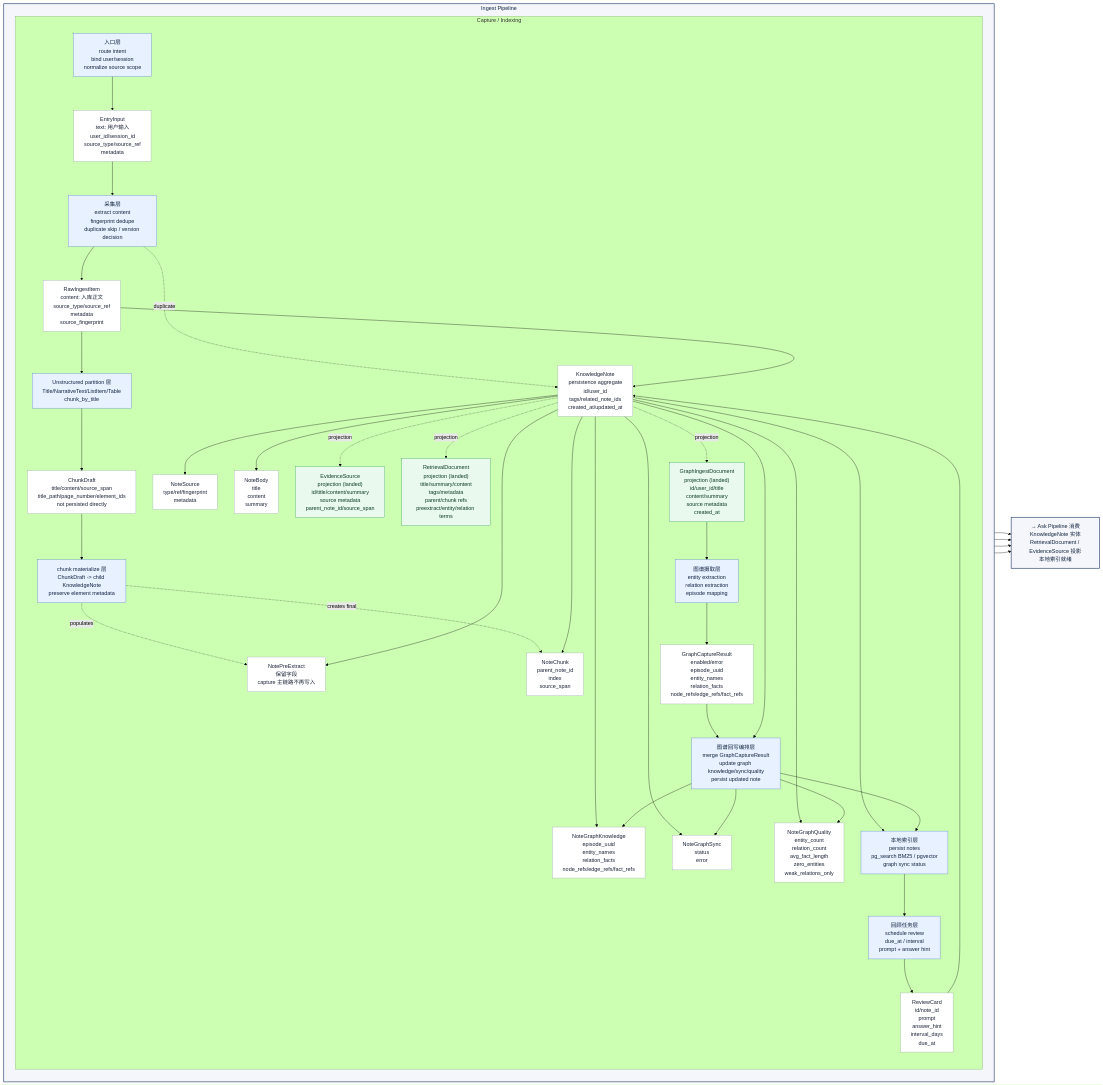
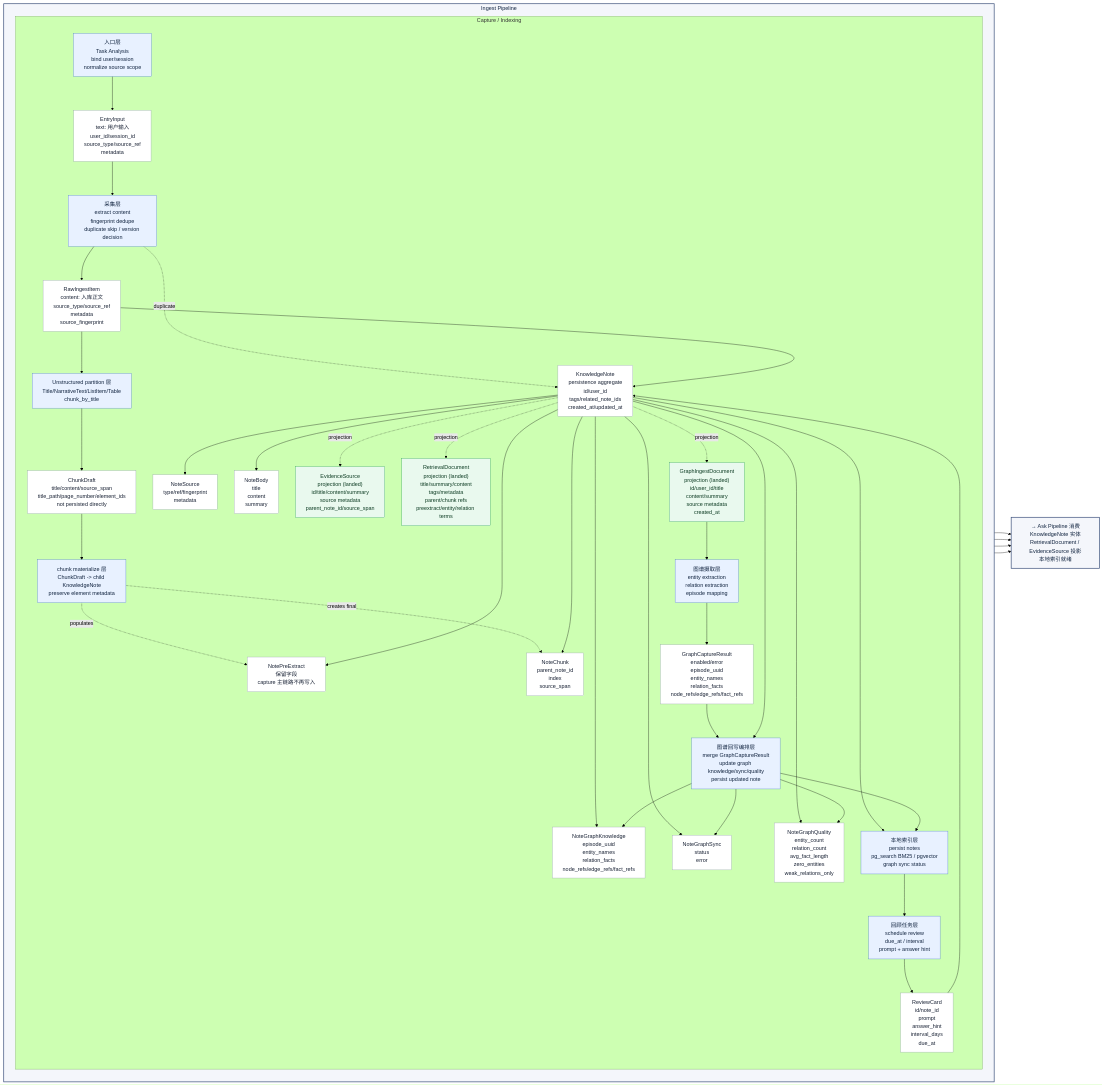
The diagram in docs/mermaid/capture-indexing-model-flow.md (SkyLiberation/personalAgent), drawn with Mermaid (forest theme) before and after one commit. The commit also changed 295 other files, not shown here.

````diff
--- a/docs/mermaid/capture-indexing-model-flow.md
+++ b/docs/mermaid/capture-indexing-model-flow.md
@@ -3,81 +3,81 @@
 ```mermaid
 flowchart LR
     classDef layer fill:#e8f1ff,stroke:#4f7ccf,stroke-width:1px,color:#10233f
     classDef model fill:#ffffff,stroke:#9aa4b2,stroke-width:1px,color:#172033
     classDef projection fill:#e9f9ee,stroke:#2e9e5b,stroke-width:1px,color:#0c3b22
     classDef future fill:#fff7e6,stroke:#d08b00,stroke-dasharray: 5 3,color:#3b2a00
     classDef pipeline fill:#f4f6fb,stroke:#3a4f7a,stroke-width:2px,color:#10233f
 
     subgraph Ingest["Ingest Pipeline"]
         direction TB
 
         subgraph Capture["Capture / Indexing"]
             direction TB
-            EntryLayer["入口层<br/>route intent<br/>bind user/session<br/>normalize source scope"]:::layer
+            EntryLayer["入口层<br/>Task Analysis<br/>bind user/session<br/>normalize source scope"]:::layer
             EntryInput["EntryInput<br/>text: 用户输入<br/>user_id/session_id<br/>source_type/source_ref<br/>metadata"]:::model
             CaptureLayer["采集层<br/>extract content<br/>fingerprint dedupe<br/>duplicate skip / version decision"]:::layer
             RawIngestItem["RawIngestItem<br/>content: 入库正文<br/>source_type/source_ref<br/>metadata<br/>source_fingerprint"]:::model
             StructuralChunkLayer["Unstructured partition 层<br/>Title/NarrativeText/ListItem/Table<br/>chunk_by_title"]:::layer
             ChunkDraft["ChunkDraft<br/>title/content/source_span<br/>title_path/page_number/element_ids<br/>not persisted directly"]:::model
             ChunkReconcileLayer["chunk materialize 层<br/>ChunkDraft -> child KnowledgeNote<br/>preserve element metadata"]:::layer
             KnowledgeNote["KnowledgeNote<br/>persistence aggregate<br/>id/user_id<br/>tags/related_note_ids<br/>created_at/updated_at"]:::model
             NoteSource["NoteSource<br/>type/ref/fingerprint<br/>metadata"]:::model
             NoteBody["NoteBody<br/>title<br/>content<br/>summary"]:::model
             NoteChunk["NoteChunk<br/>parent_note_id<br/>index<br/>source_span"]:::model
             NotePreExtract["NotePreExtract<br/>保留字段<br/>capture 主链路不再写入"]:::model
             NoteGraphKnowledge["NoteGraphKnowledge<br/>episode_uuid<br/>entity_names<br/>relation_facts<br/>node_refs/edge_refs/fact_refs"]:::model
             NoteGraphSync["NoteGraphSync<br/>status<br/>error"]:::model
             NoteGraphQuality["NoteGraphQuality<br/>entity_count<br/>relation_count<br/>avg_fact_length<br/>zero_entities<br/>weak_relations_only"]:::model
             EvidenceSource["EvidenceSource<br/>projection (landed)<br/>id/title/content/summary<br/>source metadata<br/>parent_note_id/source_span"]:::projection
             RetrievalDocument["RetrievalDocument<br/>projection (landed)<br/>title/summary/content<br/>tags/metadata<br/>parent/chunk refs<br/>preextract/entity/relation terms"]:::projection
             GraphIngestDocument["GraphIngestDocument<br/>projection (landed)<br/>id/user_id/title<br/>content/summary<br/>source metadata<br/>created_at"]:::projection
             IndexLayer["本地索引层<br/>persist notes<br/>pg_search BM25 / pgvector<br/>graph sync status"]:::layer
             ReviewLayer["回顾任务层<br/>schedule review<br/>due_at / interval<br/>prompt + answer hint"]:::layer
             ReviewCard["ReviewCard<br/>id/note_id<br/>prompt<br/>answer_hint<br/>interval_days<br/>due_at"]:::model
             GraphIngestLayer["图谱摄取层<br/>entity extraction<br/>relation extraction<br/>episode mapping"]:::layer
             GraphCaptureResult["GraphCaptureResult<br/>enabled/error<br/>episode_uuid<br/>entity_names<br/>relation_facts<br/>node_refs/edge_refs/fact_refs"]:::model
             GraphWritebackLayer["图谱回写编排层<br/>merge GraphCaptureResult<br/>update graph knowledge/sync/quality<br/>persist updated note"]:::layer
 
             EntryLayer --> EntryInput
             EntryInput --> CaptureLayer
             CaptureLayer --> RawIngestItem
             CaptureLayer -. duplicate .-> KnowledgeNote
             RawIngestItem --> StructuralChunkLayer
             StructuralChunkLayer --> ChunkDraft
             ChunkDraft --> ChunkReconcileLayer
             ChunkReconcileLayer -. populates .-> NotePreExtract
             ChunkReconcileLayer -. creates final .-> NoteChunk
             RawIngestItem --> KnowledgeNote
             KnowledgeNote --> NoteSource
             KnowledgeNote --> NoteBody
             KnowledgeNote --> NoteChunk
             KnowledgeNote --> NotePreExtract
             KnowledgeNote --> NoteGraphKnowledge
             KnowledgeNote --> NoteGraphSync
             KnowledgeNote --> NoteGraphQuality
             KnowledgeNote -. projection .-> EvidenceSource
             KnowledgeNote -. projection .-> RetrievalDocument
             KnowledgeNote -. projection .-> GraphIngestDocument
             KnowledgeNote --> IndexLayer
             IndexLayer --> ReviewLayer
             ReviewLayer --> ReviewCard
             ReviewCard --> KnowledgeNote
             GraphIngestDocument --> GraphIngestLayer
             GraphIngestLayer --> GraphCaptureResult
             GraphCaptureResult --> GraphWritebackLayer
             KnowledgeNote --> GraphWritebackLayer
             GraphWritebackLayer --> NoteGraphKnowledge
             GraphWritebackLayer --> NoteGraphSync
             GraphWritebackLayer --> NoteGraphQuality
             GraphWritebackLayer --> IndexLayer
         end
     end
 
     AskHandoff["→ Ask Pipeline 消费<br/>KnowledgeNote 实体<br/>RetrievalDocument / EvidenceSource 投影<br/>本地索引就绪"]:::pipeline
     IndexLayer --> AskHandoff
     KnowledgeNote --> AskHandoff
     RetrievalDocument --> AskHandoff
     EvidenceSource --> AskHandoff
 
     class Ingest pipeline
 ```
````
